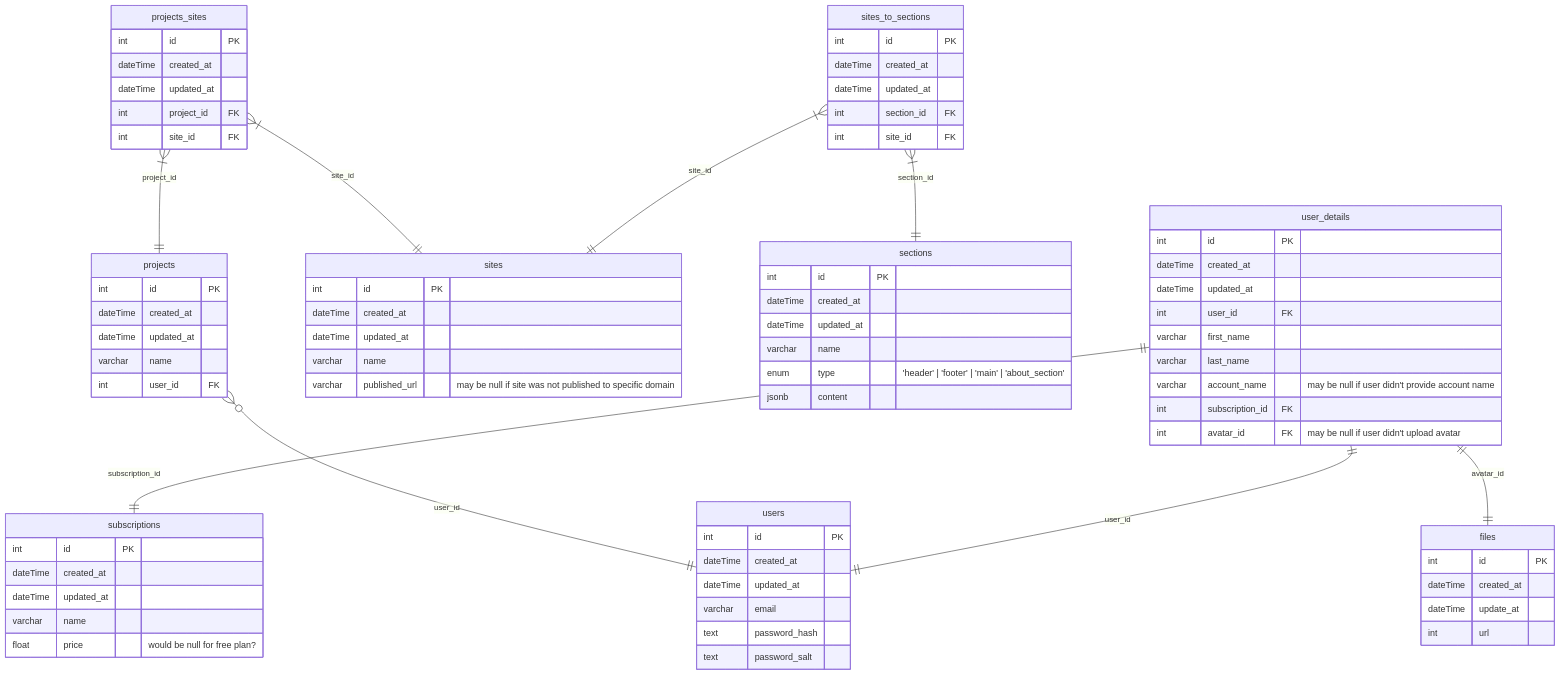
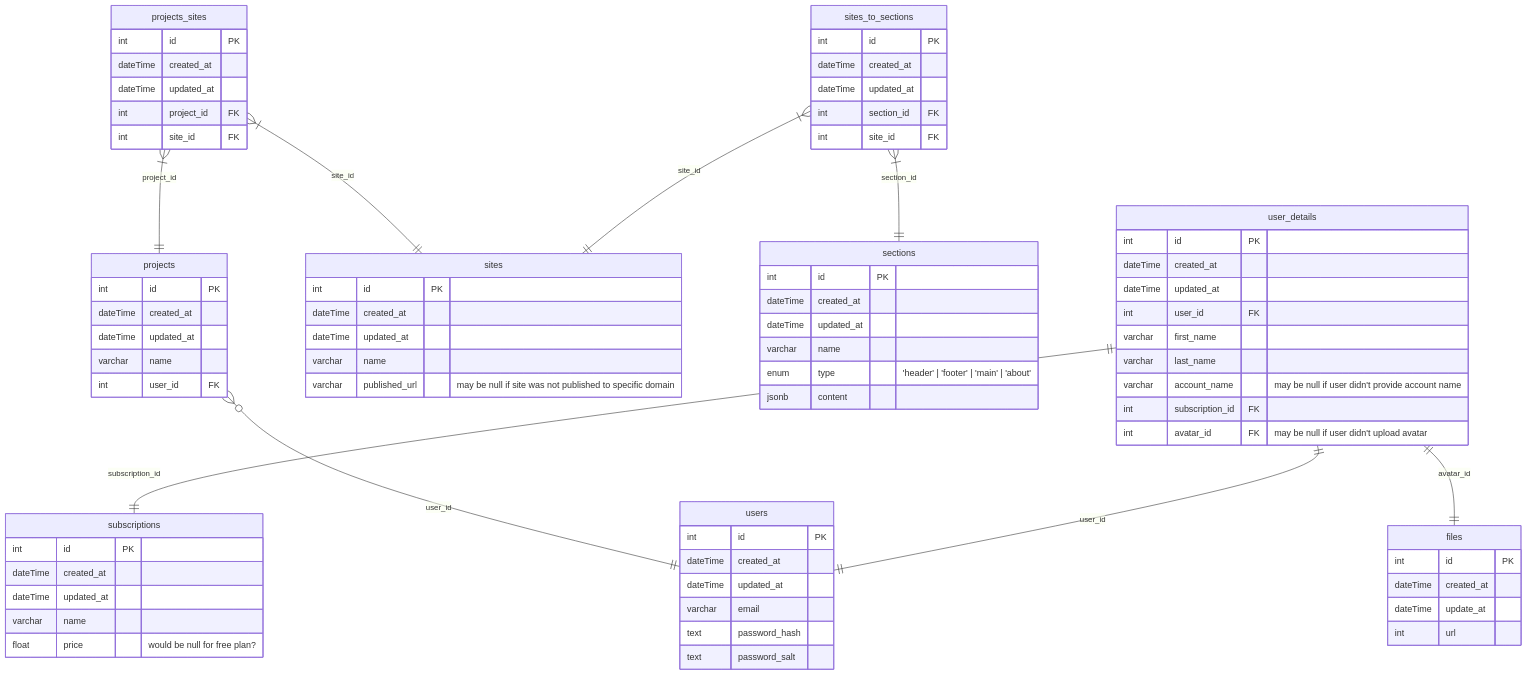
Before and after one commit to BinaryStudioAcademy/bsa-winter-2022-2023-simpleland: the diagram in readme.md, drawn with Mermaid. The commit also changed 19 other files, not shown here.

```diff
--- a/readme.md
+++ b/readme.md
@@ -81,7 +81,7 @@
     dateTime created_at
     dateTime updated_at
     varchar name
-    enum type "'header' | 'footer' | 'main' | 'about_section'"
+    enum type "'header' | 'footer' | 'main' | 'about'"
     jsonb content
   }
 
```
